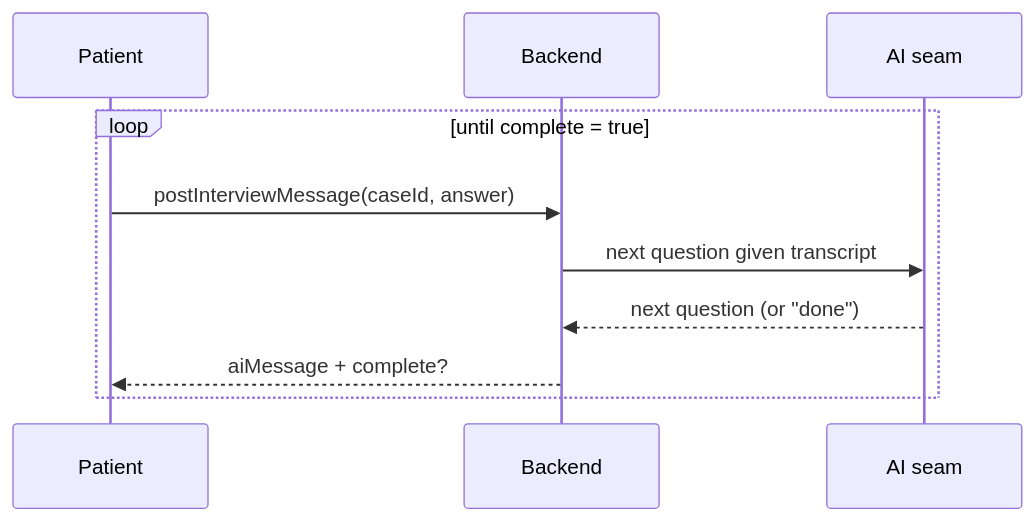
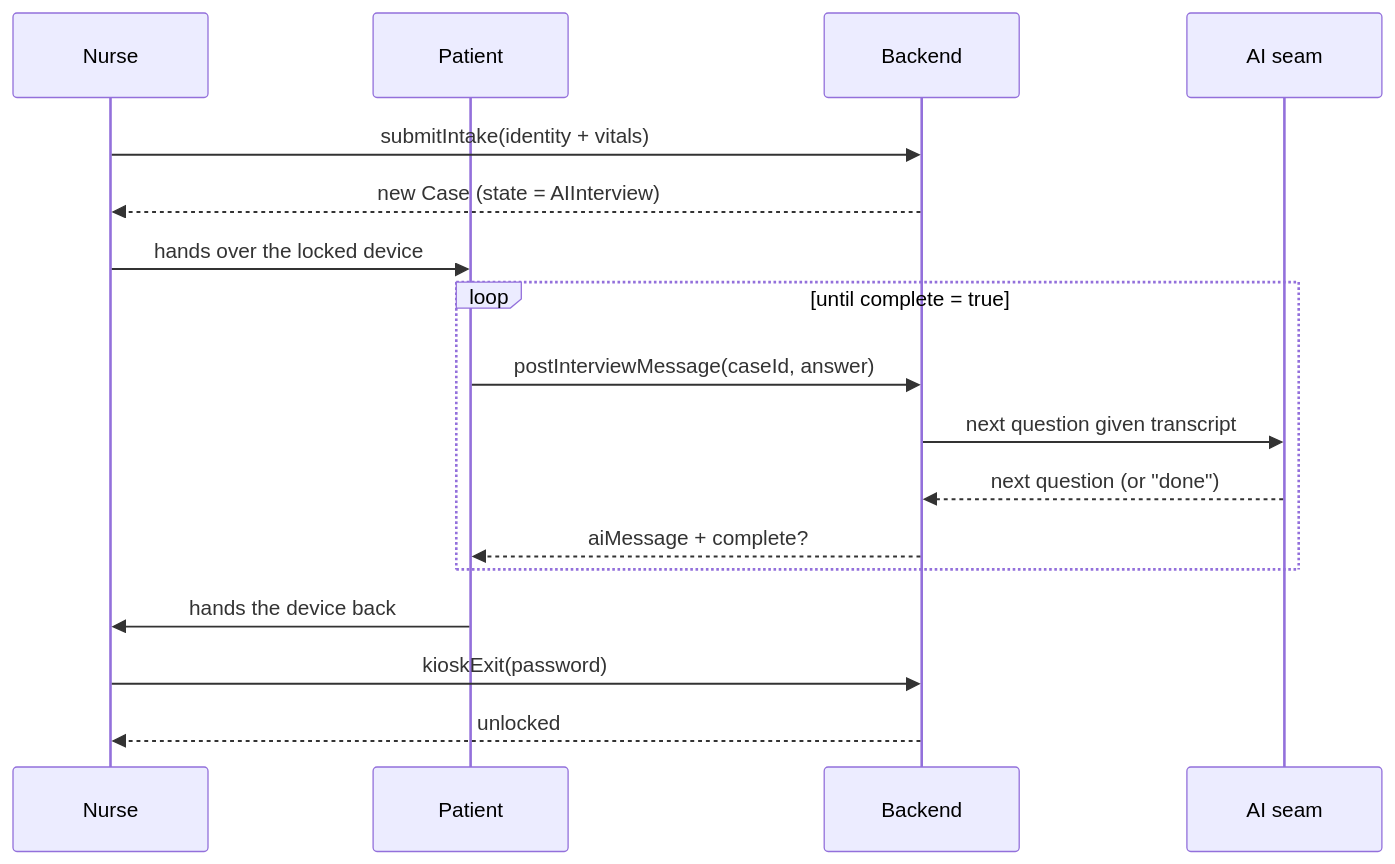
Before and after one commit to Abdulrahman-Kaddoura/Byters-aws-hackathon: the second of 3 diagrams in docs/WORKFLOW.md, drawn with Mermaid. The commit also changed other lines of this file and 8 other files, not shown here.

````diff
--- a/docs/WORKFLOW.md
+++ b/docs/WORKFLOW.md
@@ -79,12 +79,19 @@
 ```mermaid
 sequenceDiagram
+    participant N as Nurse
     participant P as Patient
     participant Sys as Backend
     participant AI as AI seam
+    N->>Sys: submitIntake(identity + vitals)
+    Sys-->>N: new Case (state = AIInterview)
+    N->>P: hands over the locked device
     loop until complete = true
         P->>Sys: postInterviewMessage(caseId, answer)
         Sys->>AI: next question given transcript
         AI-->>Sys: next question (or "done")
         Sys-->>P: aiMessage + complete?
     end
+    P->>N: hands the device back
+    N->>Sys: kioskExit(password)
+    Sys-->>N: unlocked
 ```
````
